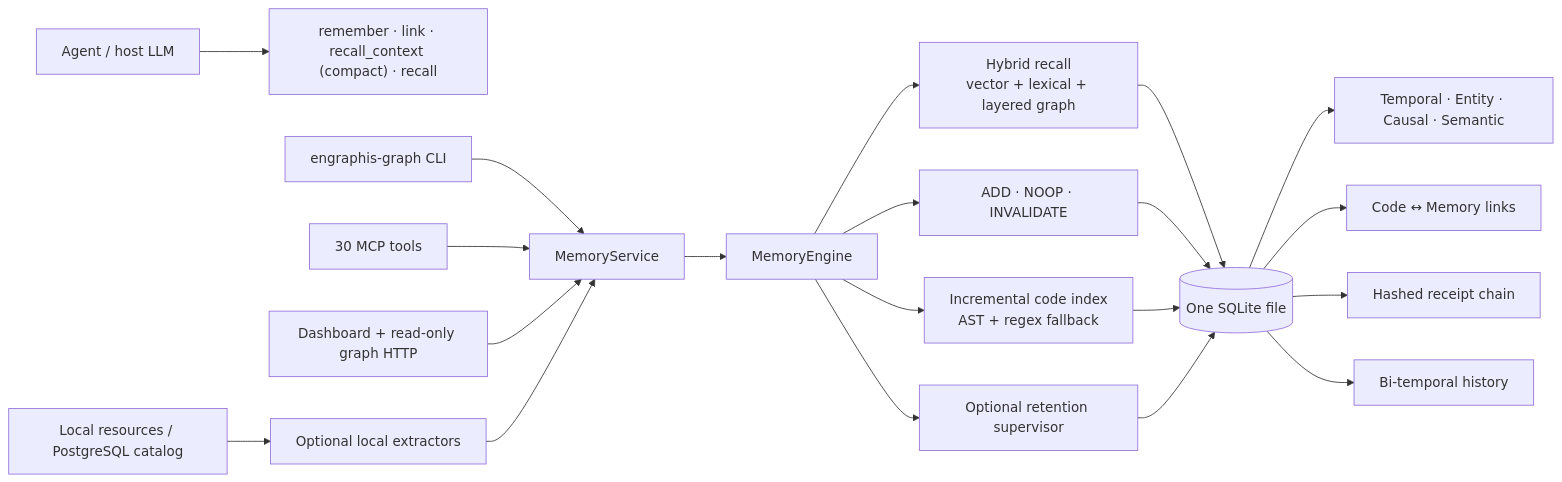
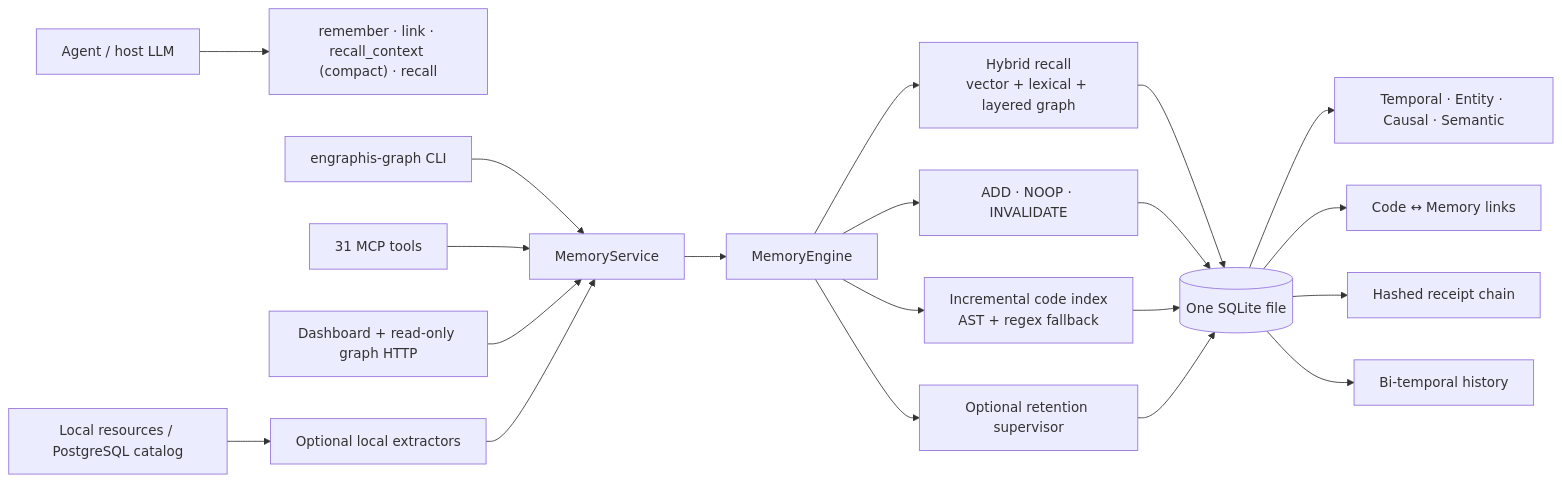
Before and after one commit to Coding-Dev-Tools/engraphis: the diagram in docs/ARCHITECTURE_V3.md, drawn with Mermaid. The commit also changed 71 other files, not shown here.

````diff
--- a/docs/ARCHITECTURE_V3.md
+++ b/docs/ARCHITECTURE_V3.md
@@ -6,25 +6,25 @@
 ```mermaid
 flowchart LR
     Agent["Agent / host LLM"] --> Intent["remember · link · recall_context (compact) · recall"]
     CLI["engraphis-graph CLI"] --> Service["MemoryService"]
-    MCP["30 MCP tools"] --> Service
+    MCP["31 MCP tools"] --> Service
     HTTP["Dashboard + read-only graph HTTP"] --> Service
     Import["Local resources / PostgreSQL catalog"] --> Extractors["Optional local extractors"]
     Extractors --> Service
 
     Service --> Engine["MemoryEngine"]
     Engine --> Recall["Hybrid recall\nvector + lexical + layered graph"]
     Engine --> Resolver["ADD · NOOP · INVALIDATE"]
     Engine --> Code["Incremental code index\nAST + regex fallback"]
     Engine --> Retention["Optional retention supervisor"]
 
     Recall --> SQLite[("One SQLite file")]
     Resolver --> SQLite
     Code --> SQLite
     Retention --> SQLite
 
     SQLite --> Layers["Temporal · Entity · Causal · Semantic"]
     SQLite --> Bridge["Code ↔ Memory links"]
     SQLite --> Receipts["Hashed receipt chain"]
     SQLite --> History["Bi-temporal history"]
 ```
````
